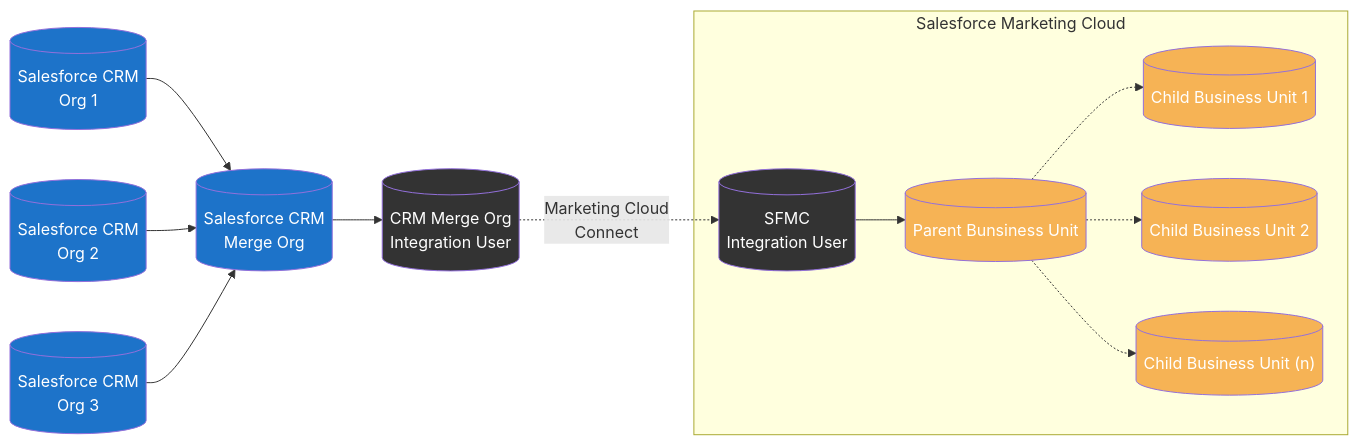
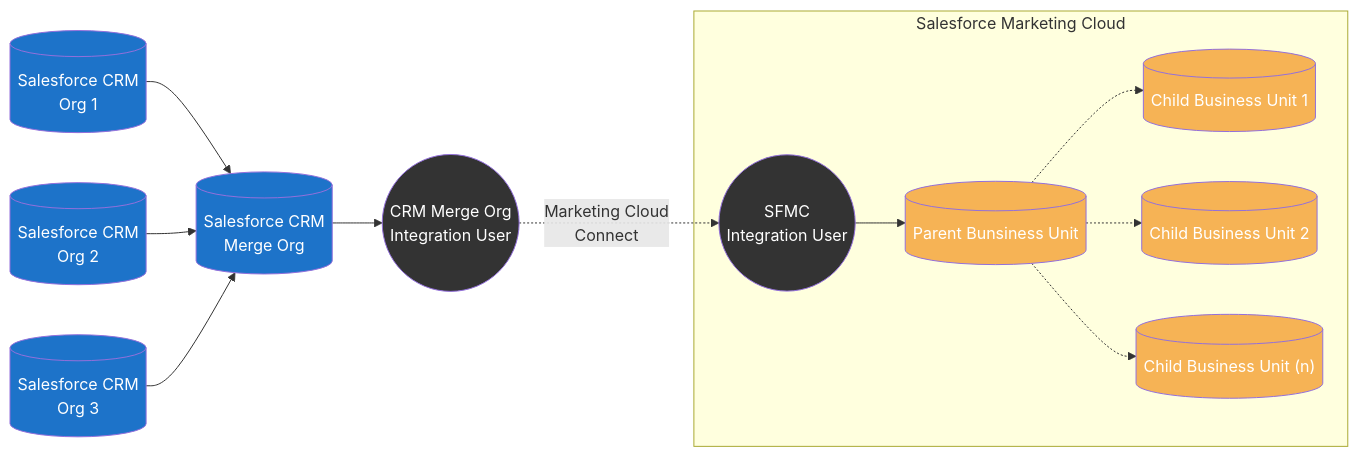
The fourth of 7 diagrams in docs/config/sfmc-mcc-integration-patterns.mdx (MateuszDabrowski/mateuszdabrowski.pl), drawn with Mermaid before and after one commit. The commit also changed other lines of this file, not shown here.

Commit message:
Updated draft of MCC Patterns article

````diff
--- a/docs/config/sfmc-mcc-integration-patterns.mdx
+++ b/docs/config/sfmc-mcc-integration-patterns.mdx
@@ -188,29 +187,29 @@
 ```mermaid
 graph LR
  crm1[(Salesforce CRM\nOrg 1)]:::sfdc
  crm2[(Salesforce CRM\nOrg 2)]:::sfdc
  crm3[(Salesforce CRM\nOrg 3)]:::sfdc
  crm4[(Salesforce CRM\nMerge Org)]:::sfdc
- crmIU[(CRM Merge Org\nIntegration User)]:::mcc
- sfmcIU[(SFMC\nIntegration User)]:::mcc
+ crmIU((CRM Merge Org\nIntegration User)):::mcc
+ sfmcIU((SFMC\nIntegration User)):::mcc
  sfmc1[(Parent Bunsiness Unit)]:::sfmc
  sfmcBU1[(Child Business Unit 1)]:::sfmc
  sfmcBU2[(Child Business Unit 2)]:::sfmc
  sfmcBUn[("Child Business Unit (n)")]:::sfmc
 
  crm1 --> crm4
  crm2 --> crm4
  crm3 --> crm4
  crm4 --> crmIU
  crmIU -. Marketing Cloud\nConnect .-> sfmcIU
  subgraph sfmc [Salesforce Marketing Cloud]
     sfmcIU --> sfmc1
     sfmc1 -.-> sfmcBU1
     sfmc1 -.-> sfmcBU2
     sfmc1 -.-> sfmcBUn
  end
 
  classDef sfdc fill:#1d73c9,color:#ffffff
  classDef sfmc fill:#f6b355,color:#ffffff
  classDef mcc fill:#333333,color:#ffffff
 ```
````
